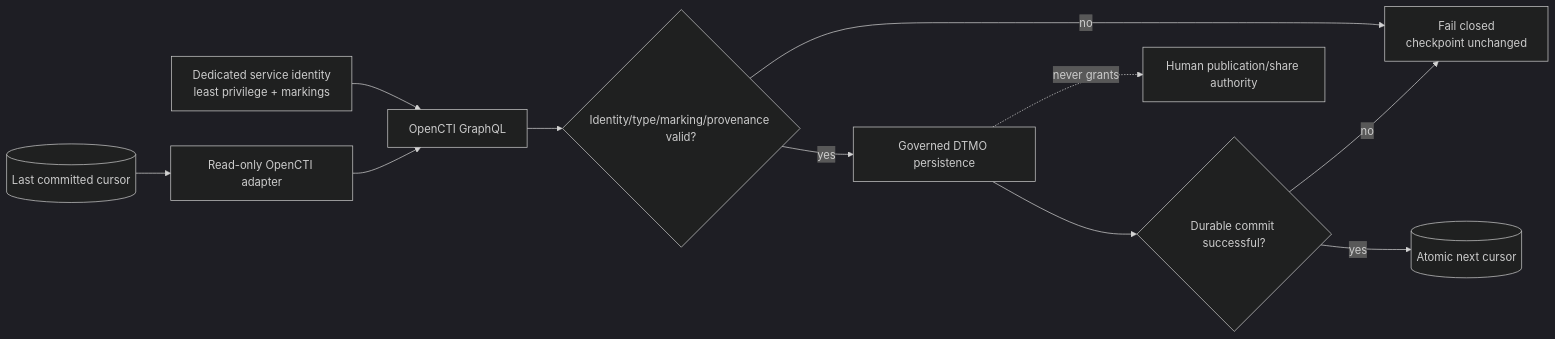
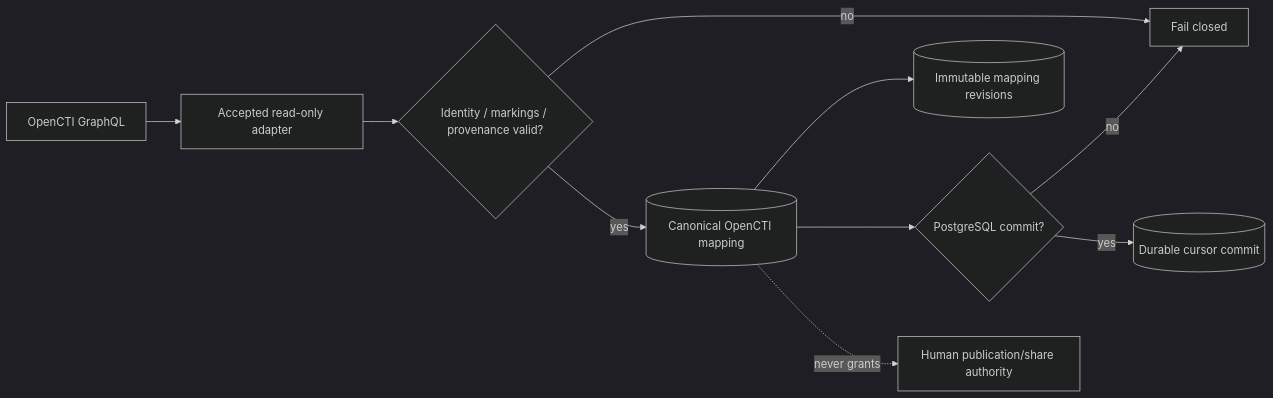
One commit to GJvManen/dtmo changed the second of 2 diagrams in docs/roadmap/PLATFORM_INDUSTRIALISATION_ROADMAP.md. Above: the diagram before and after it, drawn with Mermaid (dark theme). The commit also changed other lines of this file, not shown here.

Commit message:
Phase 11.4: advance roadmap to OpenCTI persistence validation

````diff
--- a/docs/roadmap/PLATFORM_INDUSTRIALISATION_ROADMAP.md
+++ b/docs/roadmap/PLATFORM_INDUSTRIALISATION_ROADMAP.md
@@ -86,13 +82,12 @@
 ```mermaid
 flowchart LR
-    C[(Last committed cursor)] --> A[Read-only OpenCTI adapter]
-    I[Dedicated service identity\nleast privilege + markings] --> O[OpenCTI GraphQL]
-    A --> O
-    O --> V{Identity/type/marking/provenance valid?}
-    V -->|no| X[Fail closed\ncheckpoint unchanged]
-    V -->|yes| P[Governed DTMO persistence]
-    P --> K{Durable commit successful?}
-    K -->|no| X
-    K -->|yes| C2[(Atomic next cursor)]
-    P -. never grants .-> S[Human publication/share authority]
+    O[OpenCTI GraphQL] --> A[Accepted read-only adapter]
+    A --> V{Identity / markings / provenance valid?}
+    V -->|no| X[Fail closed]
+    V -->|yes| M[(Canonical OpenCTI mapping)]
+    M --> R[(Immutable mapping revisions)]
+    M --> D{PostgreSQL commit?}
+    D -->|no| X
+    D -->|yes| C[(Durable cursor commit)]
+    M -. never grants .-> S[Human publication/share authority]
 ```
````
